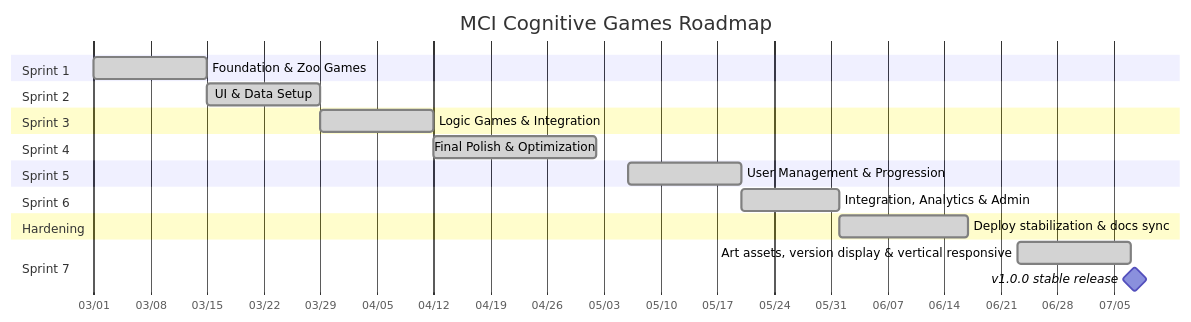
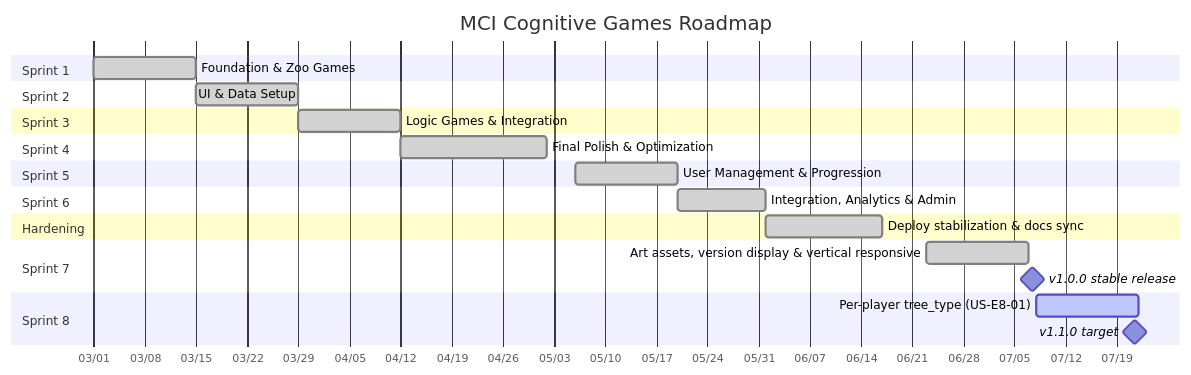
The diagram in docs/agile/02-sprint-planning.md (ChayutChanmueang/mci-cognitive-game-hub-dev-deploy), drawn with Mermaid before and after one commit. The commit also changed other lines of this file and 10 other files, not shown here.

````diff
--- a/docs/agile/02-sprint-planning.md
+++ b/docs/agile/02-sprint-planning.md
@@ -21,23 +22,26 @@
 ```mermaid
 gantt
     title MCI Cognitive Games Roadmap
     dateFormat  YYYY-MM-DD
     axisFormat  %m/%d
     section Sprint 1
     Foundation & Zoo Games :done, s1, 2026-03-01, 14d
     section Sprint 2
     UI & Data Setup        :done, s2, 2026-03-15, 14d
     section Sprint 3
     Logic Games & Integration :done, s3, 2026-03-29, 14d
     section Sprint 4
     Final Polish & Optimization :done, s4, 2026-04-12, 20d
     section Sprint 5
     User Management & Progression :done, s5, 2026-05-06, 14d
     section Sprint 6
     Integration, Analytics & Admin :done, s6, 2026-05-20, 12d
     section Hardening
     Deploy stabilization & docs sync :done, harden, 2026-06-01, 16d
     section Sprint 7
     Art assets, version display & vertical responsive :done, s7, 2026-06-23, 14d
     v1.0.0 stable release :milestone, rel10, 2026-07-07, 1d
+    section Sprint 8
+    Per-player tree_type (US-E8-01) :active, s8, 2026-07-08, 14d
+    v1.1.0 target :milestone, rel11, 2026-07-21, 1d
 ```
````
